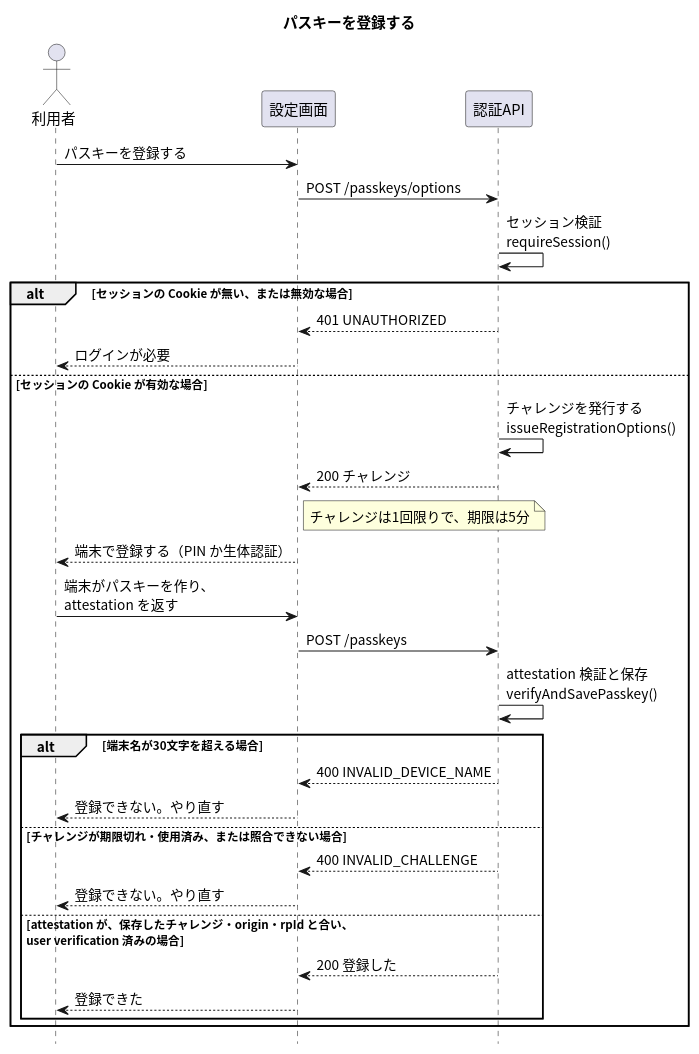
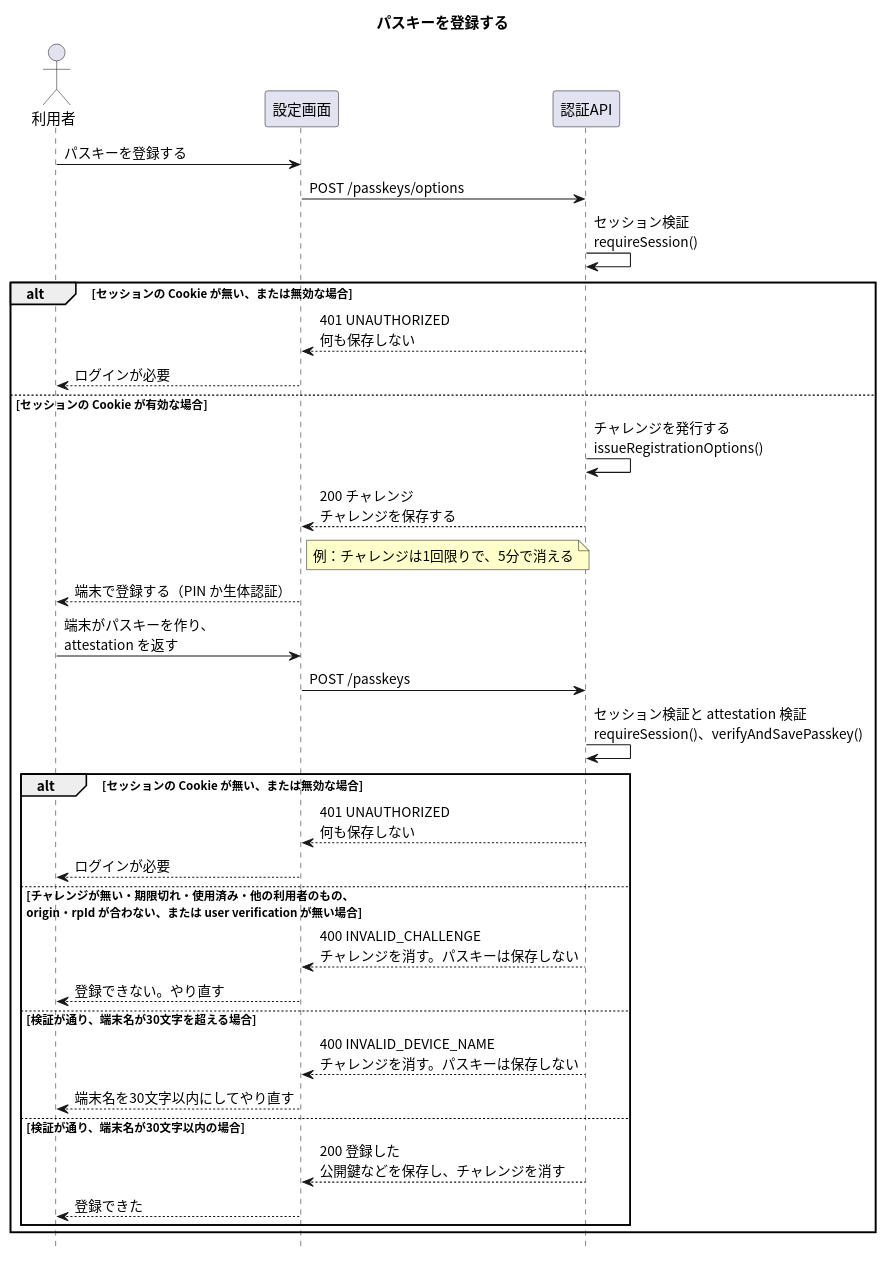
The diagram in apis/register-passkey/入口.puml (masamasamasato/design-doc-template), drawn with PlantUML before and after one commit. The commit also changed 101 other files, not shown here.

```diff
--- a/apis/register-passkey/入口.puml
+++ b/apis/register-passkey/入口.puml
@@ -1,38 +1,42 @@
 @startuml
 skinparam shadowing false
 skinparam defaultFontName "Noto Sans CJK JP"
 skinparam SequenceFontName "Noto Sans CJK JP"
+skinparam NoteBackgroundColor #FFFFCC
 hide footbox
 
 title パスキーを登録する
 
 actor "利用者" as User
 participant "設定画面" as Screen
 participant "認証API" as API
 
 User -> Screen : パスキーを登録する
 Screen -> API : POST /passkeys/options
 API -> API : セッション検証\nrequireSession()
 alt セッションの Cookie が無い、または無効な場合
-  API --> Screen : 401 UNAUTHORIZED
+  API --> Screen : 401 UNAUTHORIZED\n何も保存しない
   Screen --> User : ログインが必要
 else セッションの Cookie が有効な場合
   API -> API : チャレンジを発行する\nissueRegistrationOptions()
-  API --> Screen : 200 チャレンジ
-  note right of Screen : チャレンジは1回限りで、期限は5分
+  API --> Screen : 200 チャレンジ\nチャレンジを保存する
+  note right of Screen : 例：チャレンジは1回限りで、5分で消える
   Screen --> User : 端末で登録する（PIN か生体認証）
   User -> Screen : 端末がパスキーを作り、\nattestation を返す
   Screen -> API : POST /passkeys
-  API -> API : attestation 検証と保存\nverifyAndSavePasskey()
-  alt 端末名が30文字を超える場合
-    API --> Screen : 400 INVALID_DEVICE_NAME
+  API -> API : セッション検証と attestation 検証\nrequireSession()、verifyAndSavePasskey()
+  alt セッションの Cookie が無い、または無効な場合
+    API --> Screen : 401 UNAUTHORIZED\n何も保存しない
+    Screen --> User : ログインが必要
+  else チャレンジが無い・期限切れ・使用済み・他の利用者のもの、\norigin・rpId が合わない、または user verification が無い場合
+    API --> Screen : 400 INVALID_CHALLENGE\nチャレンジを消す。パスキーは保存しない
     Screen --> User : 登録できない。やり直す
-  else チャレンジが期限切れ・使用済み、または照合できない場合
-    API --> Screen : 400 INVALID_CHALLENGE
-    Screen --> User : 登録できない。やり直す
-  else attestation が、保存したチャレンジ・origin・rpId と合い、\nuser verification 済みの場合
-    API --> Screen : 200 登録した
+  else 検証が通り、端末名が30文字を超える場合
+    API --> Screen : 400 INVALID_DEVICE_NAME\nチャレンジを消す。パスキーは保存しない
+    Screen --> User : 端末名を30文字以内にしてやり直す
+  else 検証が通り、端末名が30文字以内の場合
+    API --> Screen : 200 登録した\n公開鍵などを保存し、チャレンジを消す
     Screen --> User : 登録できた
   end
 end
 @enduml
```
